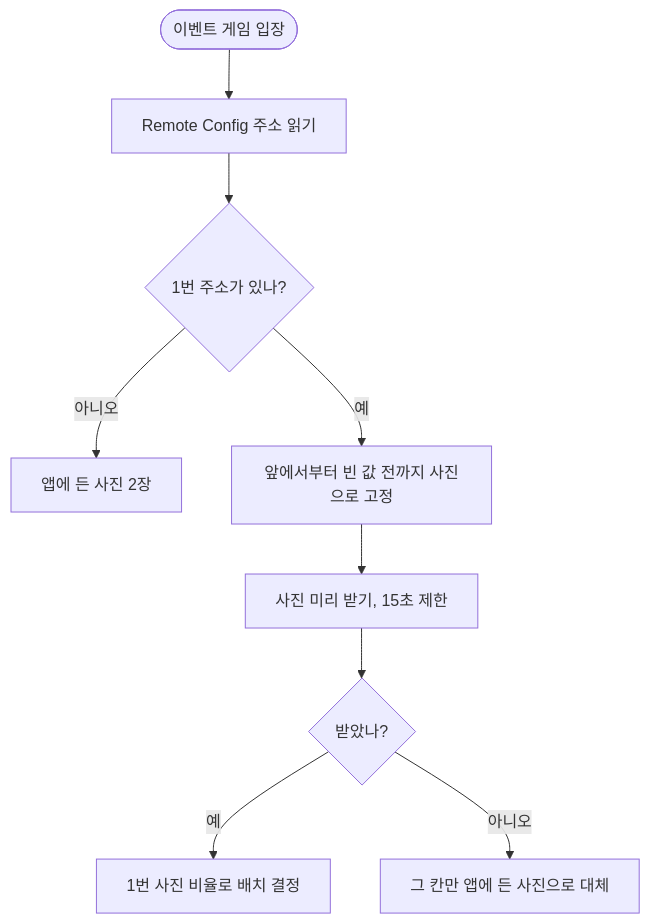
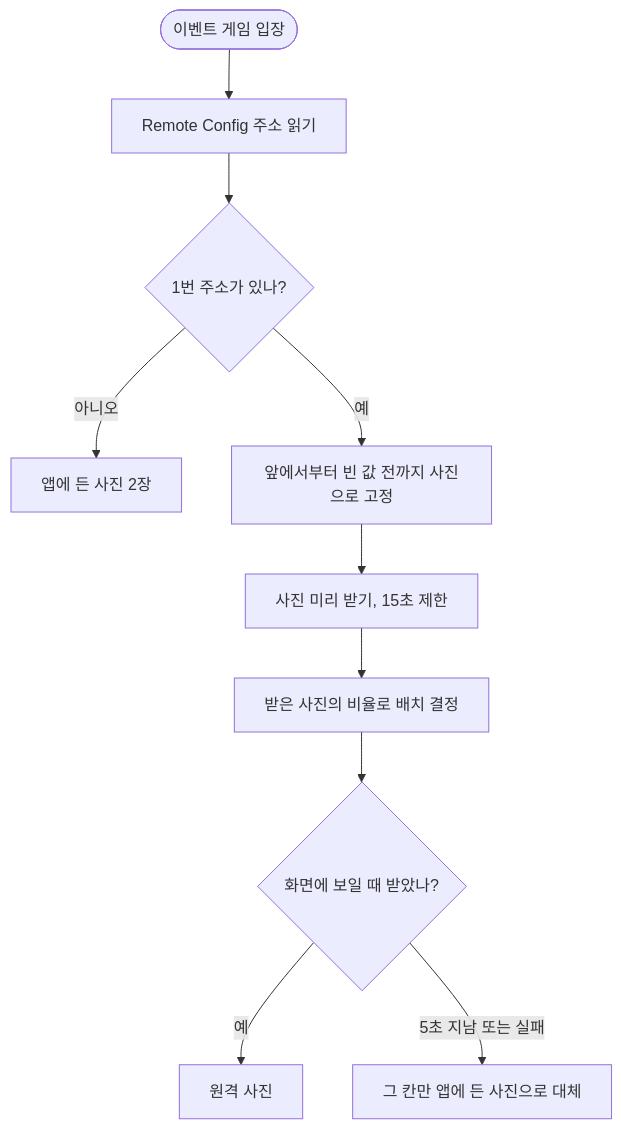
One commit to cops-and-robbers/cops-and-robbers-FE changed the diagram in docs/report/20261103_#657_이벤트_사진_Firebase_Storage_전환.md. Above: the diagram before and after it, drawn with Mermaid. The commit also changed other lines of this file, not shown here.

````diff
--- a/docs/report/20261103_#657_이벤트_사진_Firebase_Storage_전환.md
+++ b/docs/report/20261103_#657_이벤트_사진_Firebase_Storage_전환.md
@@ -12,11 +12,12 @@
 ```mermaid
 flowchart TD
     A(["이벤트 게임 입장"]) --> B["Remote Config 주소 읽기"]
     B --> C{"1번 주소가 있나?"}
     C -->|아니오| D["앱에 든 사진 2장"]
     C -->|예| E["앞에서부터 빈 값 전까지 사진으로 고정"]
     E --> F["사진 미리 받기, 15초 제한"]
-    F --> G{"받았나?"}
-    G -->|예| H["1번 사진 비율로 배치 결정"]
-    G -->|아니오| I["그 칸만 앱에 든 사진으로 대체"]
+    F --> H["받은 사진의 비율로 배치 결정"]
+    H --> G{"화면에 보일 때 받았나?"}
+    G -->|예| J["원격 사진"]
+    G -->|5초 지남 또는 실패| I["그 칸만 앱에 든 사진으로 대체"]
 ```
````
